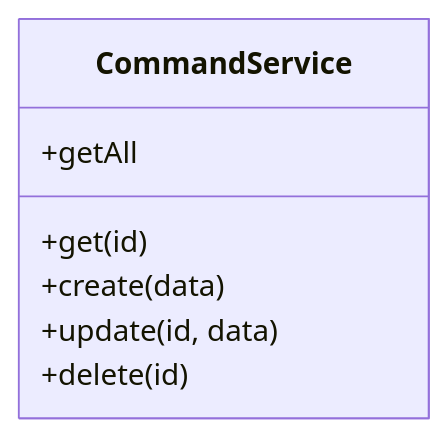
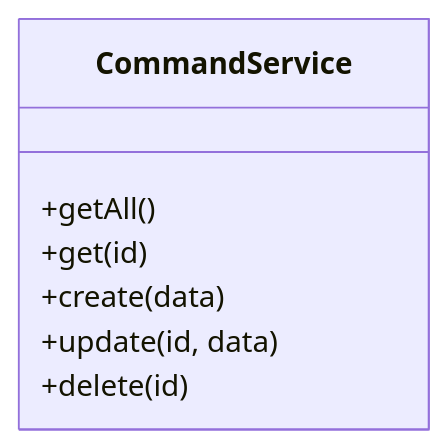
Before and after one commit to martinGM05/client-launchx: the second of 2 diagrams in README.md, drawn with Mermaid.

Commit message:
Add CommandService diagram

````diff
--- a/README.md
+++ b/README.md
@@ -26,9 +26,9 @@
 ```mermaid
 classDiagram
     class CommandService
-    CommandService : +getAll
+    CommandService : +getAll()
     CommandService : +get(id)
     CommandService : +create(data)
     CommandService : +update(id, data)
     CommandService : +delete(id)
 ```
````
